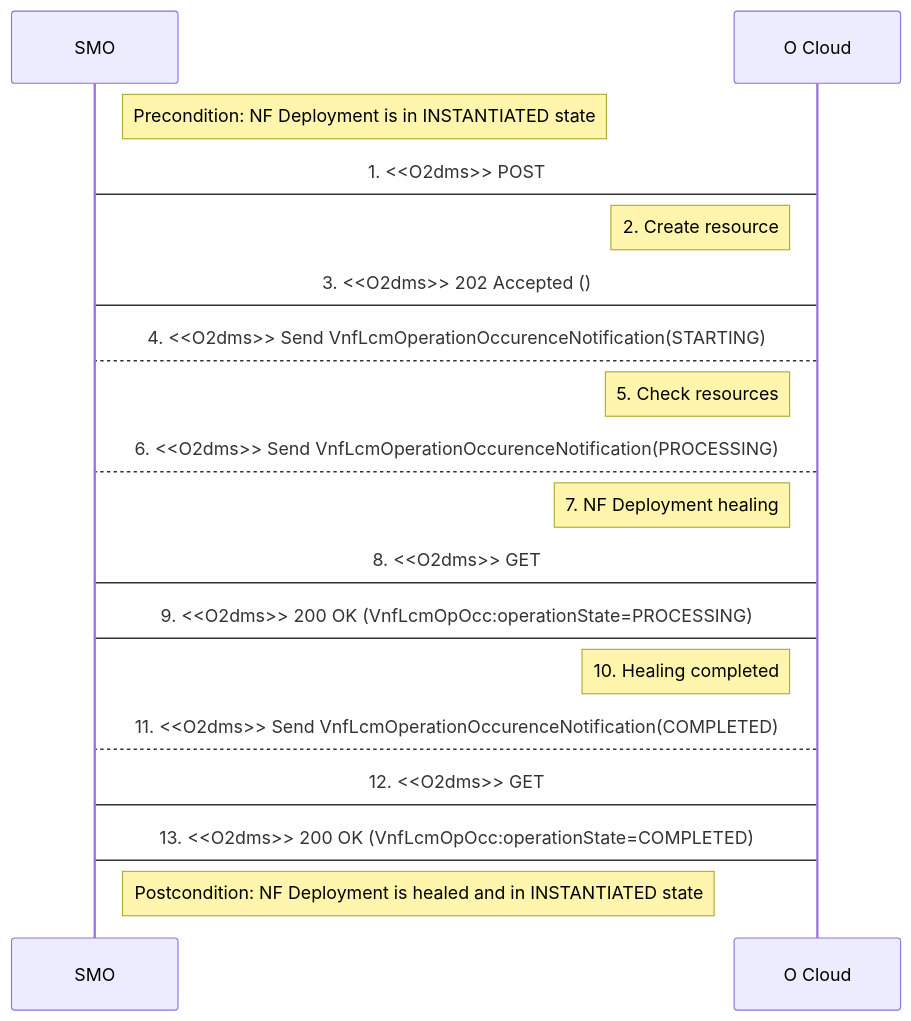
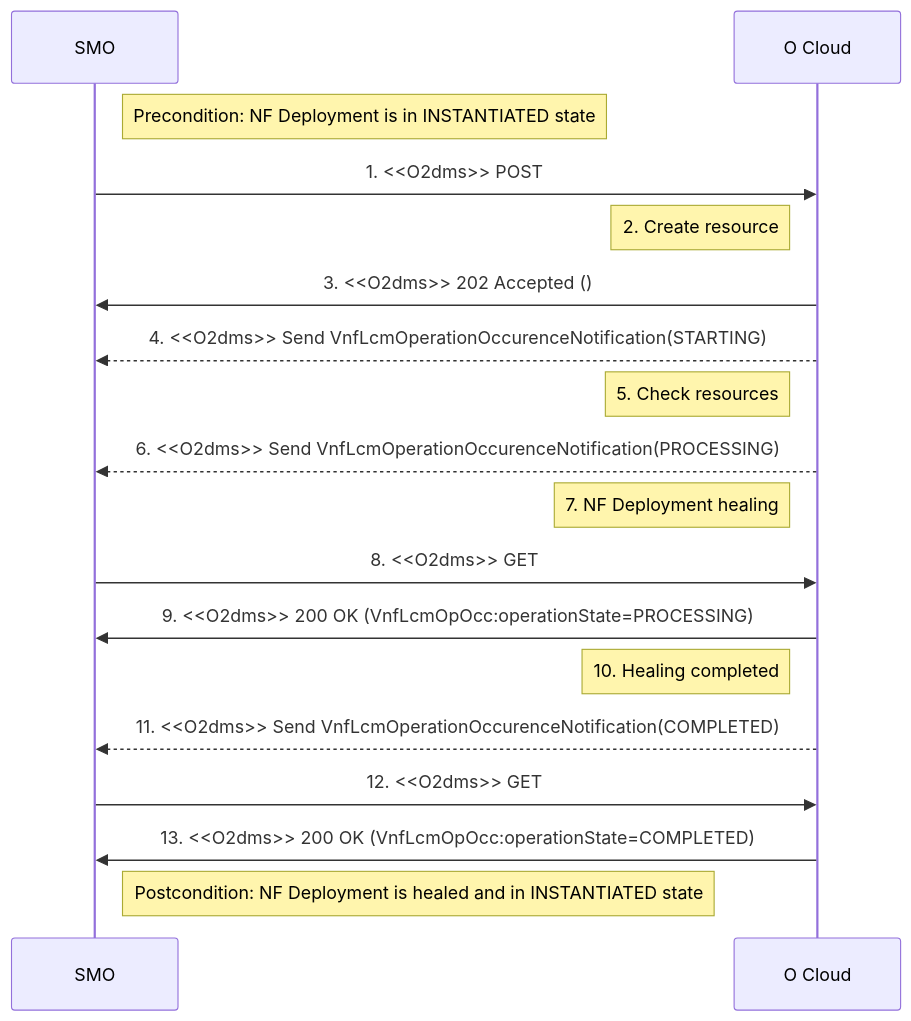
Before and after one commit to NTUST-BMW-Lab/documentation-book: the fourth of 8 diagrams in O-RAN/O2 Interface/3_O2dms_Services.md, drawn with Mermaid. The commit also changed other lines of this file, not shown here.

````diff
--- a/O-RAN/O2 Interface/3_O2dms_Services.md
+++ b/O-RAN/O2 Interface/3_O2dms_Services.md
@@ -117,18 +117,18 @@
 ```mermaid
 sequenceDiagram
 Note right of SMO: Precondition: NF Deployment is in INSTANTIATED state
-SMO->O Cloud: 1. <<O2dms>> POST
+SMO->>O Cloud: 1. <<O2dms>> POST
 Note left of O Cloud: 2. Create resource
-O Cloud->SMO: 3. <<O2dms>> 202 Accepted ()
-O Cloud-->SMO: 4. <<O2dms>> Send VnfLcmOperationOccurenceNotification(STARTING)
+O Cloud->>SMO: 3. <<O2dms>> 202 Accepted ()
+O Cloud-->>SMO: 4. <<O2dms>> Send VnfLcmOperationOccurenceNotification(STARTING)
 Note left of O Cloud: 5. Check resources
-O Cloud-->SMO: 6. <<O2dms>> Send VnfLcmOperationOccurenceNotification(PROCESSING)
+O Cloud-->>SMO: 6. <<O2dms>> Send VnfLcmOperationOccurenceNotification(PROCESSING)
 Note left of O Cloud: 7. NF Deployment healing
-SMO->O Cloud: 8. <<O2dms>> GET
-O Cloud->SMO: 9. <<O2dms>> 200 OK (VnfLcmOpOcc:operationState=PROCESSING)
+SMO->>O Cloud: 8. <<O2dms>> GET
+O Cloud->>SMO: 9. <<O2dms>> 200 OK (VnfLcmOpOcc:operationState=PROCESSING)
 Note left of O Cloud: 10. Healing completed
-O Cloud-->SMO: 11. <<O2dms>> Send VnfLcmOperationOccurenceNotification(COMPLETED)
-SMO->O Cloud: 12. <<O2dms>> GET
-O Cloud->SMO: 13. <<O2dms>> 200 OK (VnfLcmOpOcc:operationState=COMPLETED)
+O Cloud-->>SMO: 11. <<O2dms>> Send VnfLcmOperationOccurenceNotification(COMPLETED)
+SMO->>O Cloud: 12. <<O2dms>> GET
+O Cloud->>SMO: 13. <<O2dms>> 200 OK (VnfLcmOpOcc:operationState=COMPLETED)
 Note right of SMO: Postcondition: NF Deployment is healed and in INSTANTIATED state
 ```
````
